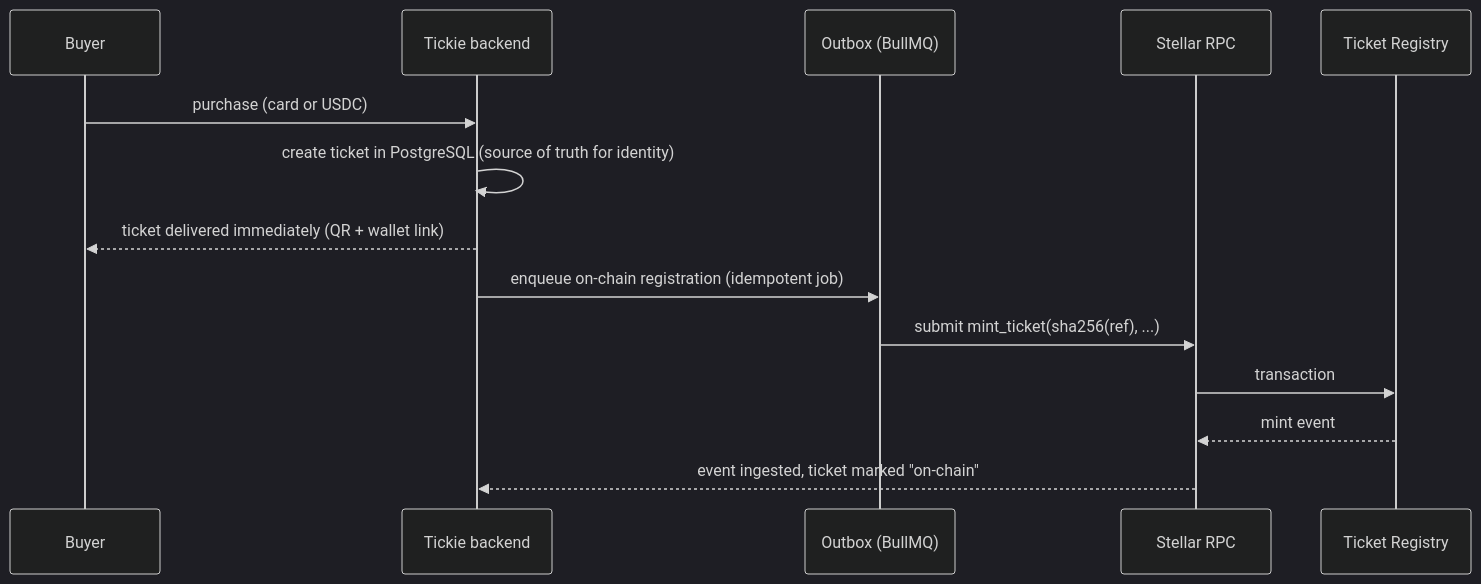
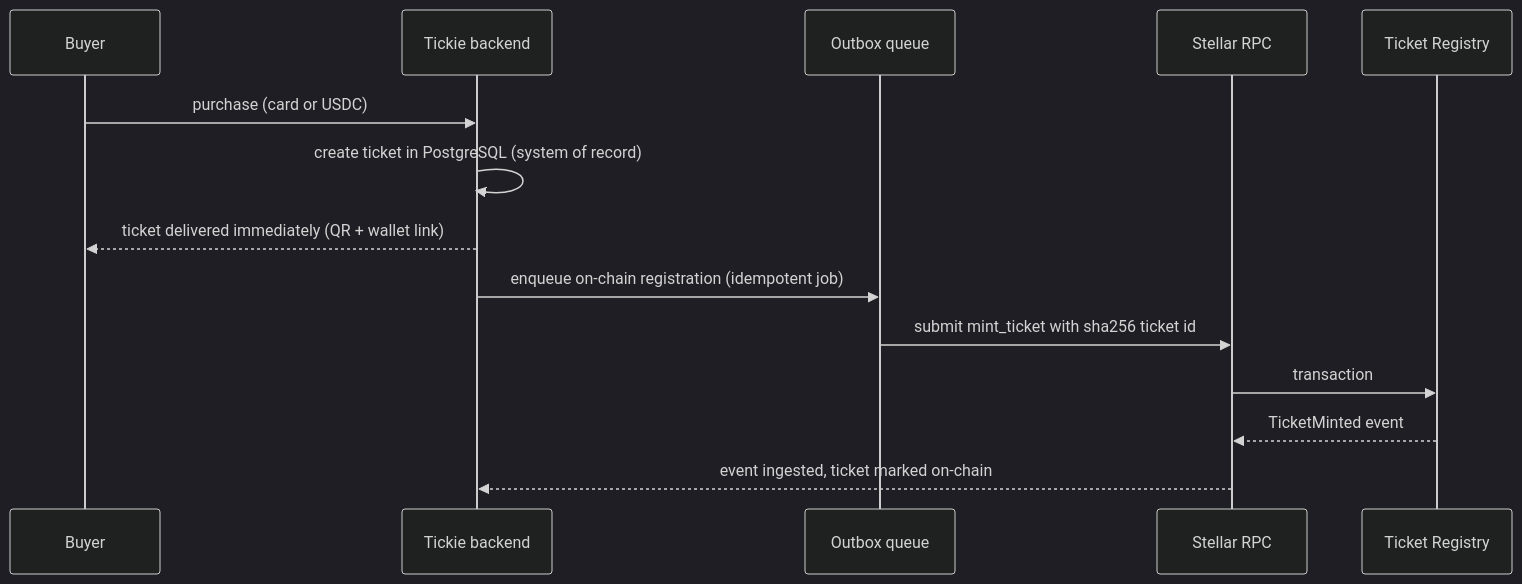
The second of 2 diagrams in ARCHITECTURE.md (tickie-io/soroban-ticket-registry), drawn with Mermaid (dark theme) before and after one commit. The commit also changed other lines of this file, not shown here.

Commit message:
docs: GitHub-safe mermaid syntax, testnet status, atomic-royalty design note

````diff
--- a/ARCHITECTURE.md
+++ b/ARCHITECTURE.md
@@ -124,17 +128,17 @@
 ```mermaid
 sequenceDiagram
     participant Buyer
     participant BE as Tickie backend
-    participant Q as Outbox (BullMQ)
+    participant Q as Outbox queue
     participant RPC as Stellar RPC
     participant TR as Ticket Registry
 
     Buyer->>BE: purchase (card or USDC)
-    BE->>BE: create ticket in PostgreSQL (source of truth for identity)
+    BE->>BE: create ticket in PostgreSQL (system of record)
     BE-->>Buyer: ticket delivered immediately (QR + wallet link)
     BE->>Q: enqueue on-chain registration (idempotent job)
-    Q->>RPC: submit mint_ticket(sha256(ref), ...)
+    Q->>RPC: submit mint_ticket with sha256 ticket id
     RPC->>TR: transaction
-    TR-->>RPC: mint event
-    RPC-->>BE: event ingested, ticket marked "on-chain"
+    TR-->>RPC: TicketMinted event
+    RPC-->>BE: event ingested, ticket marked on-chain
 ```
````
